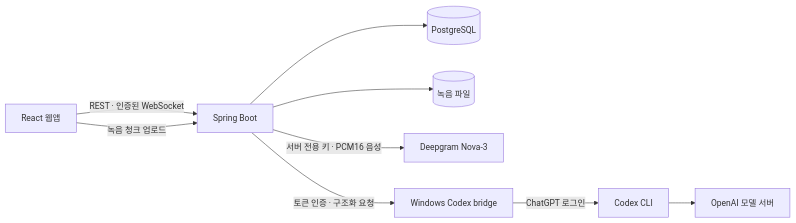
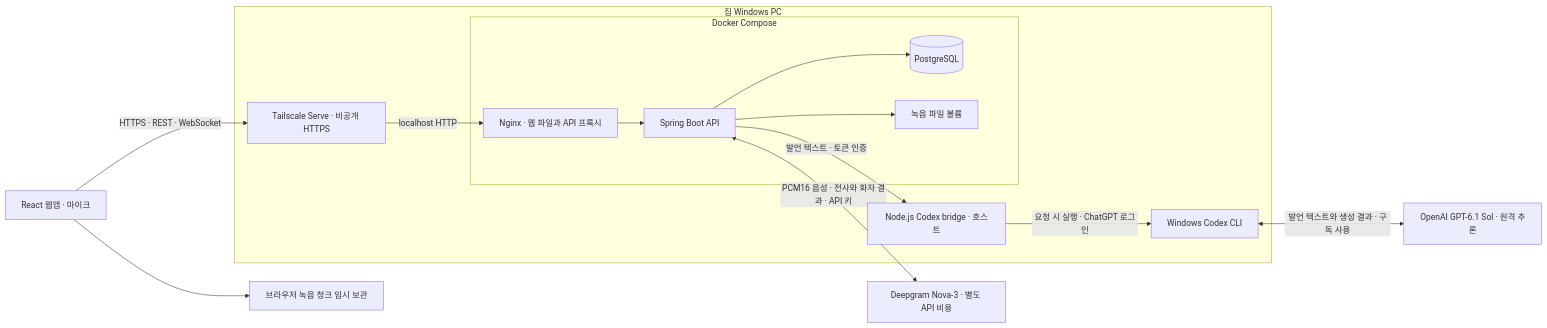
One commit to Iusto/meeting-note changed the diagram in README.md. Above: the diagram before and after it, drawn with Mermaid. The commit also changed other lines of this file and 23 other files, not shown here.

````diff
--- a/README.md
+++ b/README.md
@@ -22,11 +27,17 @@
 ```mermaid
 flowchart LR
-  Browser[React 웹앱] -->|REST · 인증된 WebSocket| API[Spring Boot]
-  Browser -->|녹음 청크 업로드| API
-  API --> DB[(PostgreSQL)]
-  API --> Audio[(녹음 파일)]
-  API -->|서버 전용 키 · PCM16 음성| DG[Deepgram Nova-3]
-  API -->|토큰 인증 · 구조화 요청| Bridge[Windows Codex bridge]
-  Bridge -->|ChatGPT 로그인| CLI[Codex CLI]
-  CLI --> AI[OpenAI 모델 서버]
+  Browser["React 웹앱 · 마이크"] -->|HTTPS · REST · WebSocket| VPN
+  Browser --> Local["브라우저 녹음 청크 임시 보관"]
+  subgraph PC["집 Windows PC"]
+    VPN["Tailscale Serve · 비공개 HTTPS"] -->|localhost HTTP| Web
+    subgraph Docker["Docker Compose"]
+      Web["Nginx · 웹 파일과 API 프록시"] --> API["Spring Boot API"]
+      API --> DB[(PostgreSQL)]
+      API --> Audio["녹음 파일 볼륨"]
+    end
+    API -->|발언 텍스트 · 토큰 인증| Bridge["Node.js Codex bridge · 호스트"]
+    Bridge -->|요청 시 실행 · ChatGPT 로그인| CLI["Windows Codex CLI"]
+  end
+  API <-->|PCM16 음성 · 전사와 화자 결과 · API 키| DG["Deepgram Nova-3 · 별도 API 비용"]
+  CLI <-->|발언 텍스트와 생성 결과 · 구독 사용| AI["OpenAI GPT-6.1 Sol · 원격 추론"]
 ```
````
